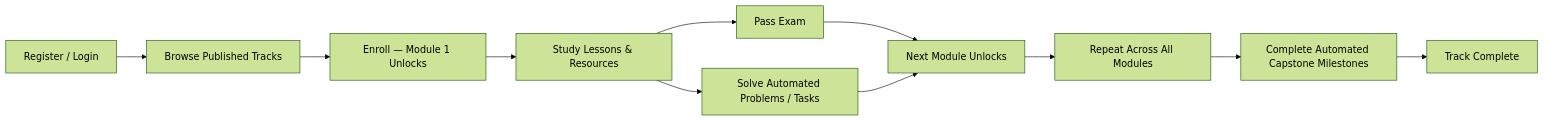
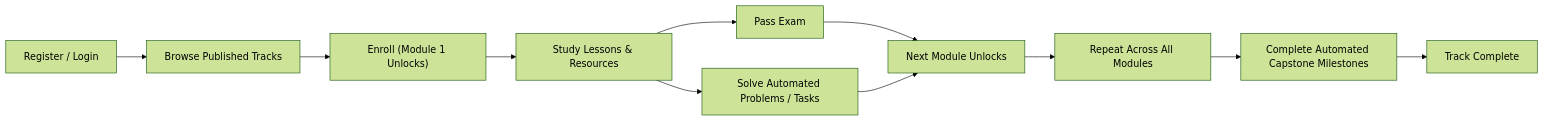
The ninth of 9 diagrams in docs/business/WORKFLOWS.md (Tawjjeh/TalebElm), drawn with Mermaid (forest theme) before and after one commit. The commit also changed other lines of this file, not shown here.

Commit message:
docs: fix mermaid diagram node labels and character escaping in workflows

````diff
--- a/docs/business/WORKFLOWS.md
+++ b/docs/business/WORKFLOWS.md
@@ -195,12 +195,13 @@
 ```mermaid
 flowchart LR
-    R[Register / Login] --> B[Browse Published Tracks]
-    B --> E[Enroll — Module 1 Unlocks]
-    E --> S[Study Lessons & Resources]
-    S --> X[Pass Exam]
-    S --> P[Solve Automated Problems / Tasks]
-    X & P --> N[Next Module Unlocks]
-    N --> V[Repeat Across All Modules]
-    V --> CAP[Complete Automated Capstone Milestones]
-    CAP --> DONE[Track Complete]
+    R["Register / Login"] --> B["Browse Published Tracks"]
+    B --> E["Enroll (Module 1 Unlocks)"]
+    E --> S["Study Lessons & Resources"]
+    S --> X["Pass Exam"]
+    S --> P["Solve Automated Problems / Tasks"]
+    X --> N["Next Module Unlocks"]
+    P --> N
+    N --> V["Repeat Across All Modules"]
+    V --> CAP["Complete Automated Capstone Milestones"]
+    CAP --> DONE["Track Complete"]
 ```
````
